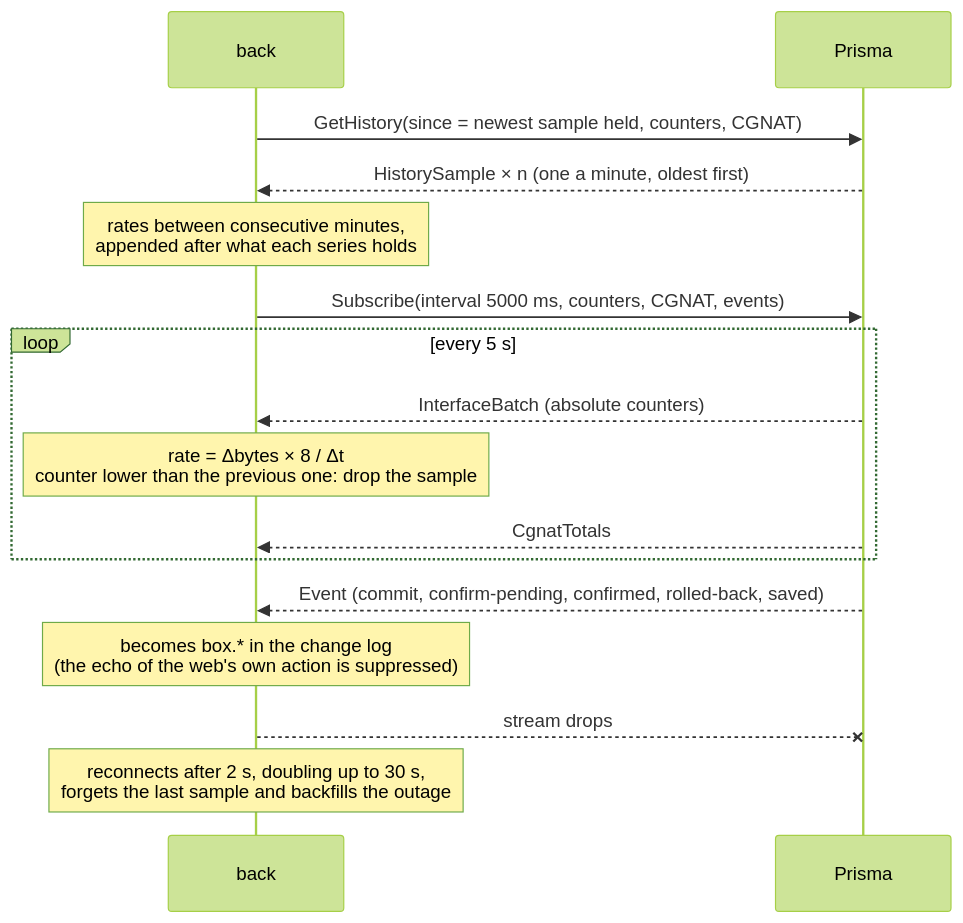
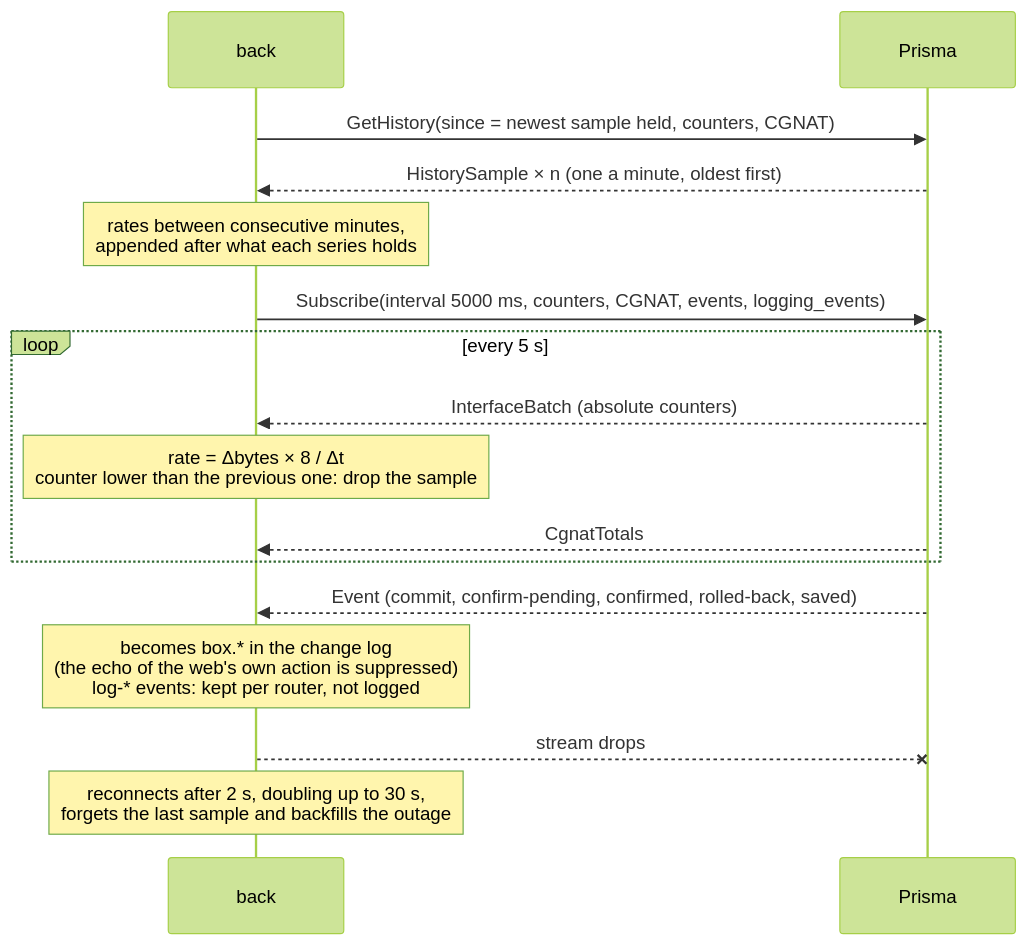
Before and after one commit to andrediashexa/prisma-web: the first of 2 diagrams in docs/architecture.md, drawn with Mermaid (forest theme). The commit also changed other lines of this file and 22 other files, not shown here.

````diff
--- a/docs/architecture.md
+++ b/docs/architecture.md
@@ -84,18 +86,18 @@
 ```mermaid
 sequenceDiagram
     participant B as back
     participant P as Prisma
     B->>P: GetHistory(since = newest sample held, counters, CGNAT)
     P-->>B: HistorySample × n (one a minute, oldest first)
     Note over B: rates between consecutive minutes,<br/>appended after what each series holds
-    B->>P: Subscribe(interval 5000 ms, counters, CGNAT, events)
+    B->>P: Subscribe(interval 5000 ms, counters, CGNAT, events, logging_events)
     loop every 5 s
         P-->>B: InterfaceBatch (absolute counters)
         Note over B: rate = Δbytes × 8 / Δt<br/>counter lower than the previous one: drop the sample
         P-->>B: CgnatTotals
     end
     P-->>B: Event (commit, confirm-pending, confirmed, rolled-back, saved)
-    Note over B: becomes box.* in the change log<br/>(the echo of the web's own action is suppressed)
+    Note over B: becomes box.* in the change log<br/>(the echo of the web's own action is suppressed)<br/>log-* events: kept per router, not logged
     B--xP: stream drops
     Note over B: reconnects after 2 s, doubling up to 30 s,<br/>forgets the last sample and backfills the outage
 ```
````
